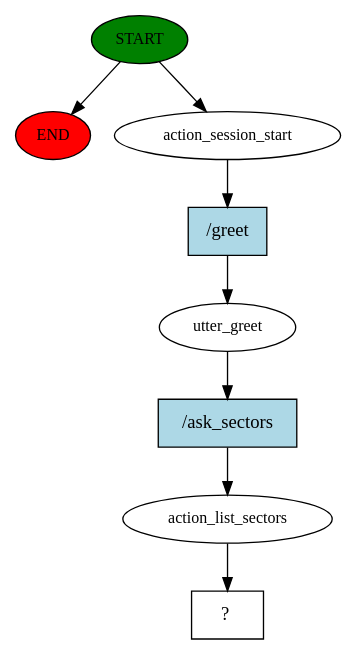
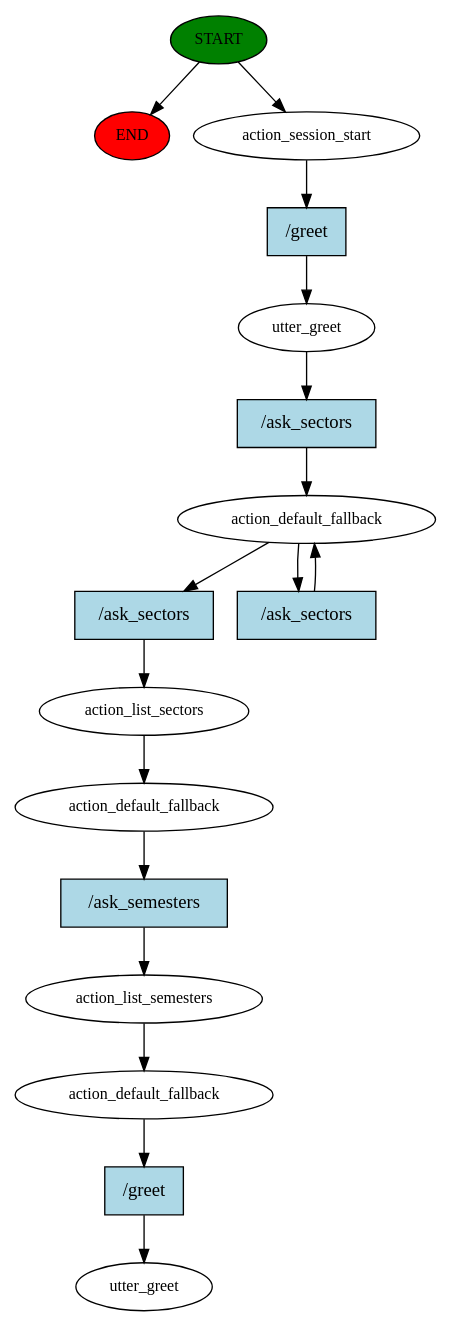
One commit to yb403/ChatBotAI-costumer-service changed the diagram in story_graph.dot. Above: the diagram before and after it, drawn with Graphviz. The commit also changed 5 other files, not shown here.

```diff
--- a/story_graph.dot
+++ b/story_graph.dot
@@ -1,17 +1,34 @@
 digraph  {
 0 [class="start active", fillcolor=green, fontsize=12, label=START, style=filled];
 "-1" [class=end, fillcolor=red, fontsize=12, label=END, style=filled];
 1 [class=active, fontsize=12, label=action_session_start];
 2 [class=active, fontsize=12, label=utter_greet];
-3 [class=active, fontsize=12, label=action_list_sectors];
-4 [class="intent dashed active", label="  ?  ", shape=rect];
-5 [class="intent active", fillcolor=lightblue, label="/greet", shape=rect, style=filled];
-6 [class="intent active", fillcolor=lightblue, label="/ask_sectors", shape=rect, style=filled];
+3 [class=active, fontsize=12, label=action_default_fallback];
+5 [class=active, fontsize=12, label=action_list_sectors];
+6 [class=active, fontsize=12, label=action_default_fallback];
+7 [class=active, fontsize=12, label=action_list_semesters];
+8 [class=active, fontsize=12, label=action_default_fallback];
+9 [class="dashed active", fontsize=12, label=utter_greet];
+10 [class="intent active", fillcolor=lightblue, label="/greet", shape=rect, style=filled];
+11 [class="intent active", fillcolor=lightblue, label="/ask_sectors", shape=rect, style=filled];
+12 [class="intent active", fillcolor=lightblue, label="/ask_sectors", shape=rect, style=filled];
+13 [class="intent active", fillcolor=lightblue, label="/ask_sectors", shape=rect, style=filled];
+14 [class="intent active", fillcolor=lightblue, label="/ask_semesters", shape=rect, style=filled];
+15 [class="intent active", fillcolor=lightblue, label="/greet", shape=rect, style=filled];
 0 -> "-1"  [class="", key=NONE, label=""];
 0 -> 1  [class=active, key=NONE, label=""];
-1 -> 5  [class=active, key=0];
-2 -> 6  [class=active, key=0];
-3 -> 4  [class=active, key=NONE, label=""];
-5 -> 2  [class=active, key=0];
-6 -> 3  [class=active, key=0];
+1 -> 10  [class=active, key=0];
+2 -> 11  [class=active, key=0];
+3 -> 12  [class=active, key=0];
+3 -> 13  [class=active, key=0];
+5 -> 6  [class=active, key=NONE, label=""];
+6 -> 14  [class=active, key=0];
+7 -> 8  [class=active, key=NONE, label=""];
+8 -> 15  [class=active, key=0];
+10 -> 2  [class=active, key=0];
+11 -> 3  [class=active, key=0];
+12 -> 5  [class=active, key=0];
+13 -> 3  [class=active, key=0];
+14 -> 7  [class=active, key=0];
+15 -> 9  [class=active, key=0];
 }
```
